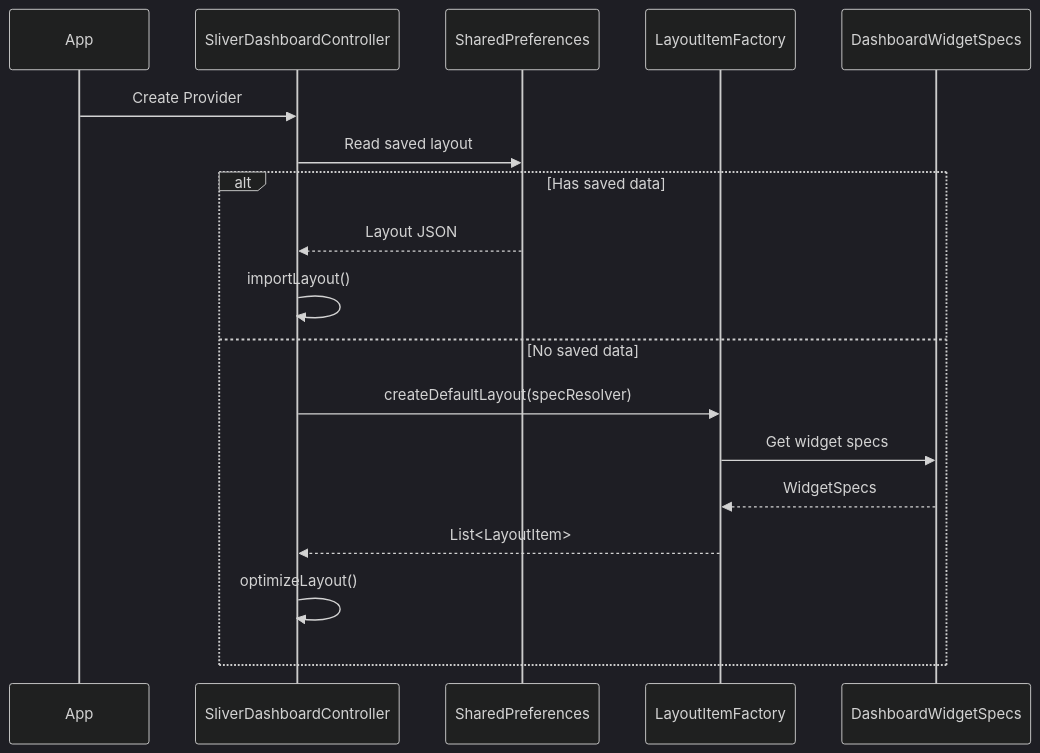
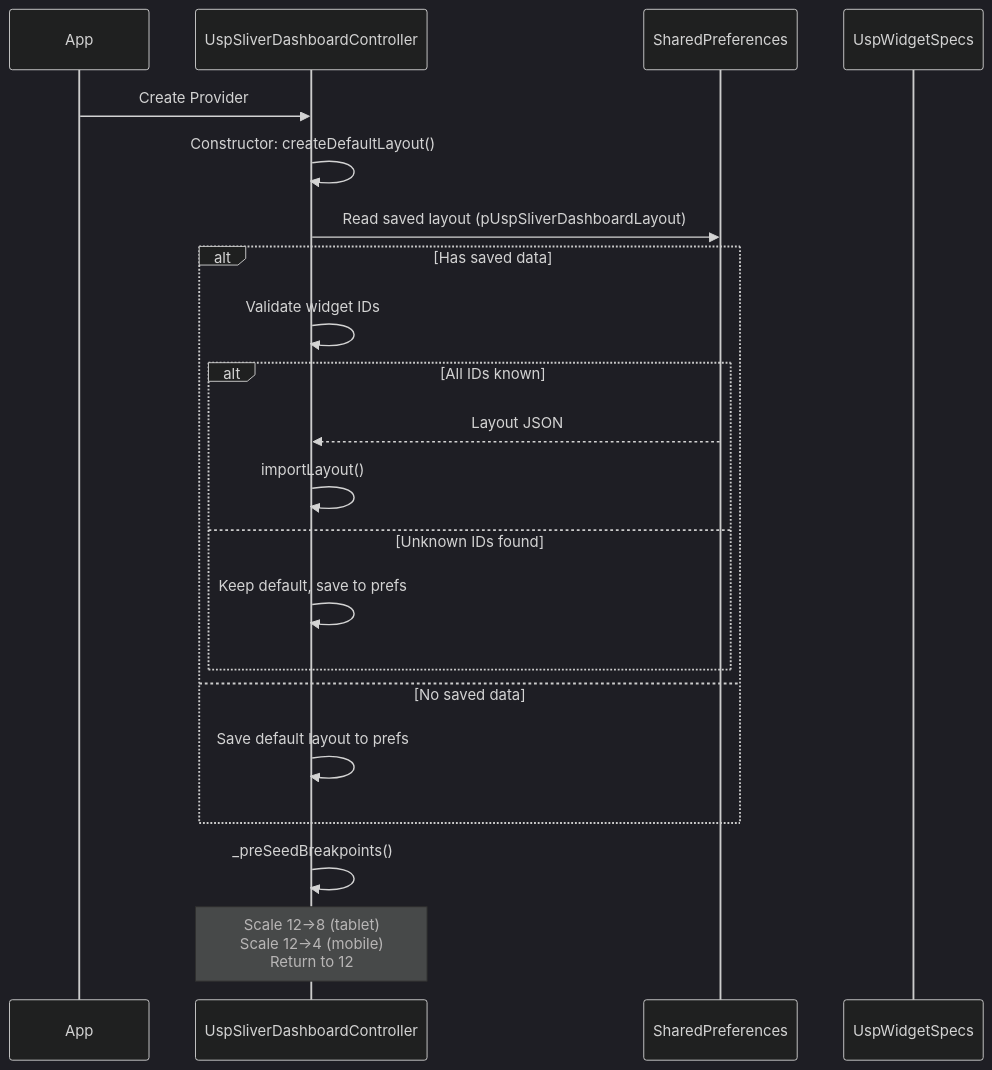
One commit to linksys/PrivacyGUI changed the sixth of 9 diagrams in doc/dashboard/dashboard_custom_layout_comprehensive_report_en.md. Above: the diagram before and after it, drawn with Mermaid (dark theme). The commit also changed other lines of this file and 11 other files, not shown here.

First line of the commit message:
test: add dashboard custom layout tests (293 tests, 99.8% coverage)

````diff
--- a/doc/dashboard/dashboard_custom_layout_comprehensive_report_en.md
+++ b/doc/dashboard/dashboard_custom_layout_comprehensive_report_en.md
@@ -377,21 +610,24 @@
 ```mermaid
 sequenceDiagram
     participant App
-    participant SDCP as SliverDashboardController
+    participant SDCP as UspSliverDashboardController
     participant SP as SharedPreferences
-    participant LIF as LayoutItemFactory
-    participant DWS as DashboardWidgetSpecs
+    participant UWS as UspWidgetSpecs
 
     App->>SDCP: Create Provider
-    SDCP->>SP: Read saved layout
+    SDCP->>SDCP: Constructor: createDefaultLayout()
+    SDCP->>SP: Read saved layout (pUspSliverDashboardLayout)
     alt Has saved data
-        SP-->>SDCP: Layout JSON
-        SDCP->>SDCP: importLayout()
+        SDCP->>SDCP: Validate widget IDs
+        alt All IDs known
+            SP-->>SDCP: Layout JSON
+            SDCP->>SDCP: importLayout()
+        else Unknown IDs found
+            SDCP->>SDCP: Keep default, save to prefs
+        end
     else No saved data
-        SDCP->>LIF: createDefaultLayout(specResolver)
-        LIF->>DWS: Get widget specs
-        DWS-->>LIF: WidgetSpecs
-        LIF-->>SDCP: List<LayoutItem>
-        SDCP->>SDCP: optimizeLayout()
+        SDCP->>SDCP: Save default layout to prefs
     end
+    SDCP->>SDCP: _preSeedBreakpoints()
+    Note over SDCP: Scale 12→8 (tablet)<br/>Scale 12→4 (mobile)<br/>Return to 12
 ```
````
